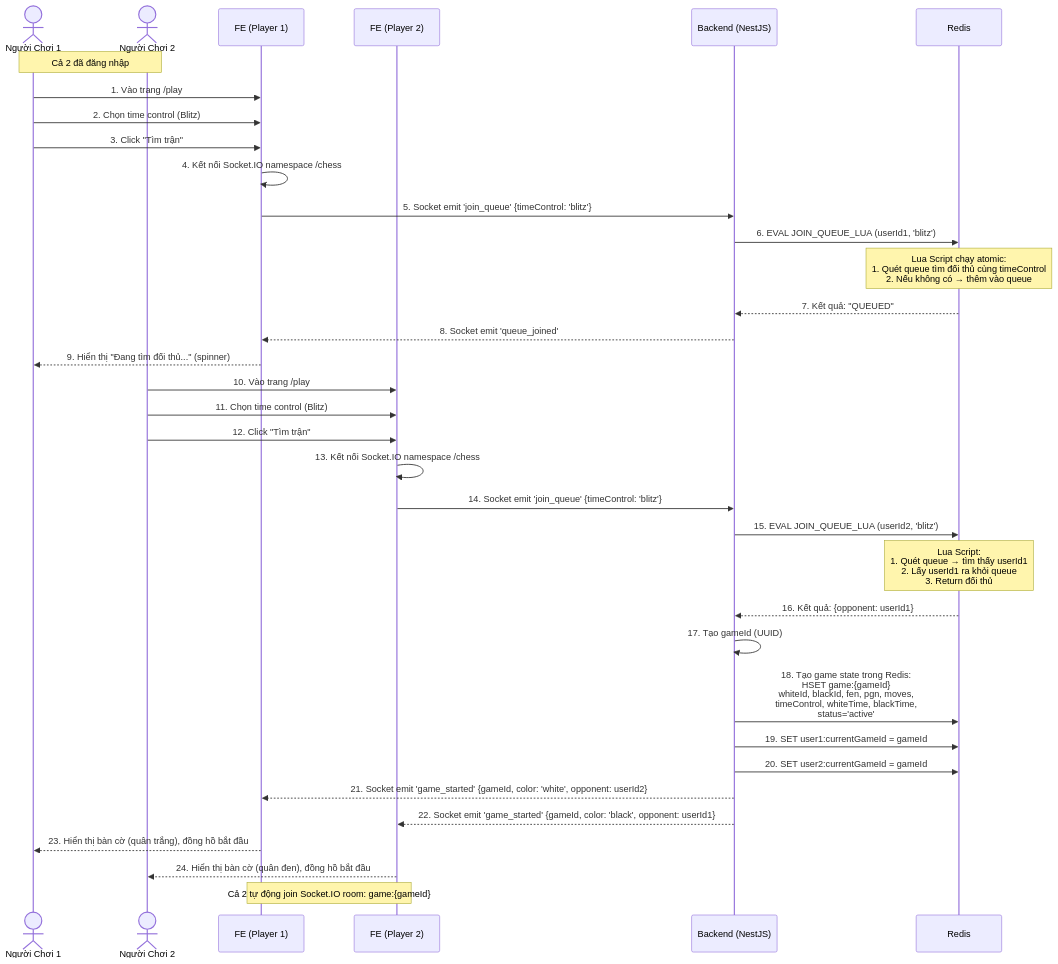
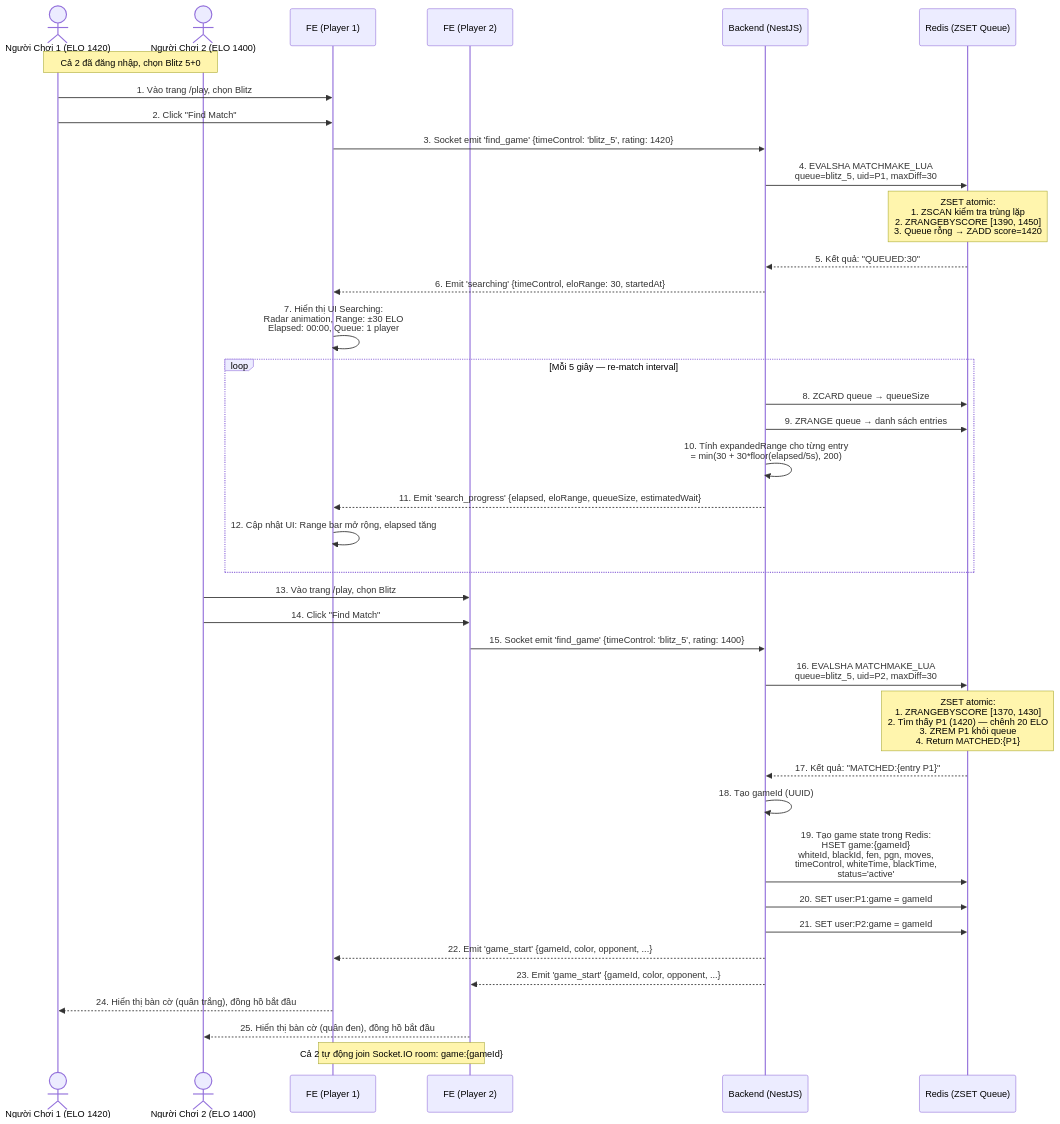
The fourth of 22 diagrams in docs/sequence-diagrams.md (legiabao0907/web-chess-real-time), drawn with Mermaid before and after one commit. The commit also changed other lines of this file and 7 other files, not shown here.

````diff
--- a/docs/sequence-diagrams.md
+++ b/docs/sequence-diagrams.md
@@ -160,53 +160,56 @@
 ```mermaid
 sequenceDiagram
- actor P1 as Người Chơi 1
- actor P2 as Người Chơi 2
+ actor P1 as Người Chơi 1 (ELO 1420)
+ actor P2 as Người Chơi 2 (ELO 1400)
  participant FE1 as FE (Player 1)
  participant FE2 as FE (Player 2)
  participant BE as Backend (NestJS)
- participant Redis as Redis
+ participant Redis as Redis (ZSET Queue)
 
- Note over P1, P2: Cả 2 đã đăng nhập
+ Note over P1, P2: Cả 2 đã đăng nhập, chọn Blitz 5+0
 
  %% Player 1 vào hàng đợi
- P1->>FE1: 1. Vào trang /play
- P1->>FE1: 2. Chọn time control (Blitz)
- P1->>FE1: 3. Click "Tìm trận"
+ P1->>FE1: 1. Vào trang /play, chọn Blitz
+ P1->>FE1: 2. Click "Find Match"
+ FE1->>BE: 3. Socket emit 'find_game' {timeControl: 'blitz_5', rating: 1420}
 
- FE1->>FE1: 4. Kết nối Socket.IO namespace /chess
- FE1->>BE: 5. Socket emit 'join_queue' {timeControl: 'blitz'}
+ BE->>Redis: 4. EVALSHA MATCHMAKE_LUA<br/>queue=blitz_5, uid=P1, maxDiff=30
+ Note over Redis: ZSET atomic:<br/>1. ZSCAN kiểm tra trùng lặp<br/>2. ZRANGEBYSCORE [1390, 1450]<br/>3. Queue rỗng → ZADD score=1420
+ Redis-->>BE: 5. Kết quả: "QUEUED:30"
 
- BE->>Redis: 6. EVAL JOIN_QUEUE_LUA (userId1, 'blitz')
- Note over Redis: Lua Script chạy atomic:<br/>1. Quét queue tìm đối thủ cùng timeControl<br/>2. Nếu không có → thêm vào queue
- Redis-->>BE: 7. Kết quả: "QUEUED"
+ BE-->>FE1: 6. Emit 'searching' {timeControl, eloRange: 30, startedAt}
+ FE1->>FE1: 7. Hiển thị UI Searching:<br/>Radar animation, Range: ±30 ELO<br/>Elapsed: 00:00, Queue: 1 player
 
- BE-->>FE1: 8. Socket emit 'queue_joined'
- FE1-->>P1: 9. Hiển thị "Đang tìm đối thủ..." (spinner)
+ %% Server periodic re-match (mỗi 5s)
+ loop Mỗi 5 giây — re-match interval
+  BE->>Redis: 8. ZCARD queue → queueSize
+  BE->>Redis: 9. ZRANGE queue → danh sách entries
+  BE->>BE: 10. Tính expandedRange cho từng entry<br/>= min(30 + 30*floor(elapsed/5s), 200)
+  BE-->>FE1: 11. Emit 'search_progress' {elapsed, eloRange, queueSize, estimatedWait}
+  FE1->>FE1: 12. Cập nhật UI: Range bar mở rộng, elapsed tăng
+ end
 
  %% Player 2 vào hàng đợi
- P2->>FE2: 10. Vào trang /play
- P2->>FE2: 11. Chọn time control (Blitz)
- P2->>FE2: 12. Click "Tìm trận"
+ P2->>FE2: 13. Vào trang /play, chọn Blitz
+ P2->>FE2: 14. Click "Find Match"
+ FE2->>BE: 15. Socket emit 'find_game' {timeControl: 'blitz_5', rating: 1400}
 
- FE2->>FE2: 13. Kết nối Socket.IO namespace /chess
- FE2->>BE: 14. Socket emit 'join_queue' {timeControl: 'blitz'}
-
- BE->>Redis: 15. EVAL JOIN_QUEUE_LUA (userId2, 'blitz')
- Note over Redis: Lua Script:<br/>1. Quét queue → tìm thấy userId1<br/>2. Lấy userId1 ra khỏi queue<br/>3. Return đối thủ
- Redis-->>BE: 16. Kết quả: {opponent: userId1}
+ BE->>Redis: 16. EVALSHA MATCHMAKE_LUA<br/>queue=blitz_5, uid=P2, maxDiff=30
+ Note over Redis: ZSET atomic:<br/>1. ZRANGEBYSCORE [1370, 1430]<br/>2. Tìm thấy P1 (1420) — chênh 20 ELO<br/>3. ZREM P1 khỏi queue<br/>4. Return MATCHED:{P1}
+ Redis-->>BE: 17. Kết quả: "MATCHED:{entry P1}"
 
  %% Server tạo game
- BE->>BE: 17. Tạo gameId (UUID)
- BE->>Redis: 18. Tạo game state trong Redis:<br/>HSET game:{gameId}<br/> whiteId, blackId, fen, pgn, moves,<br/> timeControl, whiteTime, blackTime,<br/> status='active'
- BE->>Redis: 19. SET user1:currentGameId = gameId
- BE->>Redis: 20. SET user2:currentGameId = gameId
+ BE->>BE: 18. Tạo gameId (UUID)
+ BE->>Redis: 19. Tạo game state trong Redis:<br/>HSET game:{gameId}<br/> whiteId, blackId, fen, pgn, moves,<br/> timeControl, whiteTime, blackTime,<br/> status='active'
+ BE->>Redis: 20. SET user:P1:game = gameId
+ BE->>Redis: 21. SET user:P2:game = gameId
 
  %% Thông báo cho cả 2
- BE-->>FE1: 21. Socket emit 'game_started' {gameId, color: 'white', opponent: userId2}
- BE-->>FE2: 22. Socket emit 'game_started' {gameId, color: 'black', opponent: userId1}
+ BE-->>FE1: 22. Emit 'game_start' {gameId, color, opponent, ...}
+ BE-->>FE2: 23. Emit 'game_start' {gameId, color, opponent, ...}
 
- FE1-->>P1: 23. Hiển thị bàn cờ (quân trắng), đồng hồ bắt đầu
- FE2-->>P2: 24. Hiển thị bàn cờ (quân đen), đồng hồ bắt đầu
+ FE1-->>P1: 24. Hiển thị bàn cờ (quân trắng), đồng hồ bắt đầu
+ FE2-->>P2: 25. Hiển thị bàn cờ (quân đen), đồng hồ bắt đầu
 
  Note over FE1, FE2: Cả 2 tự động join Socket.IO room: game:{gameId}
 ```
````
